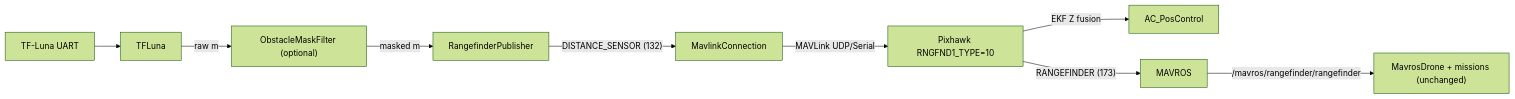
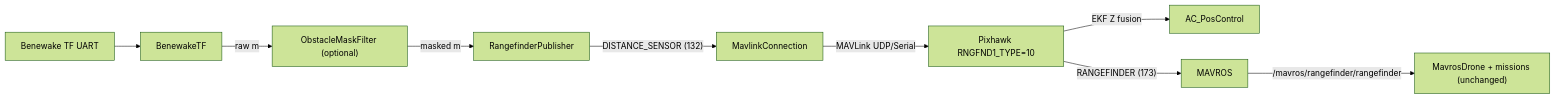
Before and after one commit to Black-Bee-Drones/nectar-sdk: the second of 3 diagrams in i18n/pt/modules/sensors.md, drawn with Mermaid (forest theme). The commit also changed other lines of this file and 7 other files, not shown here.

Commit message:
docs: update TFLuna references to BenewakeTF; remove uncessary tests

````diff
--- a/i18n/pt/modules/sensors.md
+++ b/i18n/pt/modules/sensors.md
@@ -106,11 +106,11 @@
 ```mermaid
 flowchart LR
-    HW["TF-Luna UART"] --> TFLuna
-    TFLuna -->|"raw m"| Filter["ObstacleMaskFilter (optional)"]
+    HW["Benewake TF UART"] --> BenewakeTF
+    BenewakeTF -->|"raw m"| Filter["ObstacleMaskFilter (optional)"]
     Filter -->|"masked m"| Pub["RangefinderPublisher"]
     Pub -->|"DISTANCE_SENSOR (132)"| Conn["MavlinkConnection"]
     Conn -->|"MAVLink UDP/Serial"| FCU["Pixhawk RNGFND1_TYPE=10"]
     FCU -->|"EKF Z fusion"| Ctrl["AC_PosControl"]
     FCU -->|"RANGEFINDER (173)"| MAVROS
     MAVROS -->|"/mavros/rangefinder/rangefinder"| Mission["MavrosDrone + missions (unchanged)"]
 ```
````
